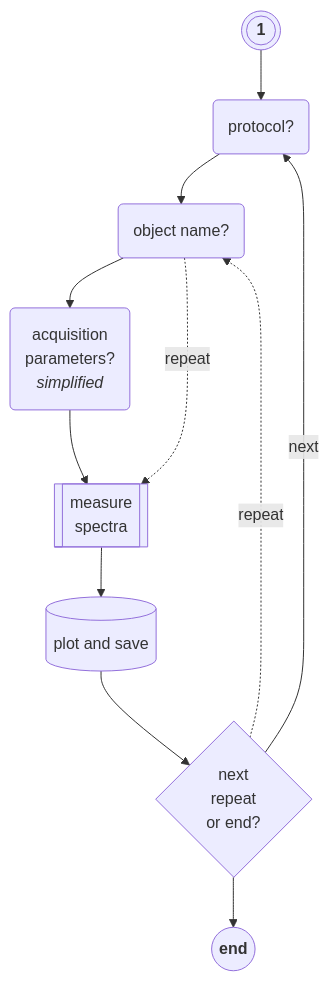
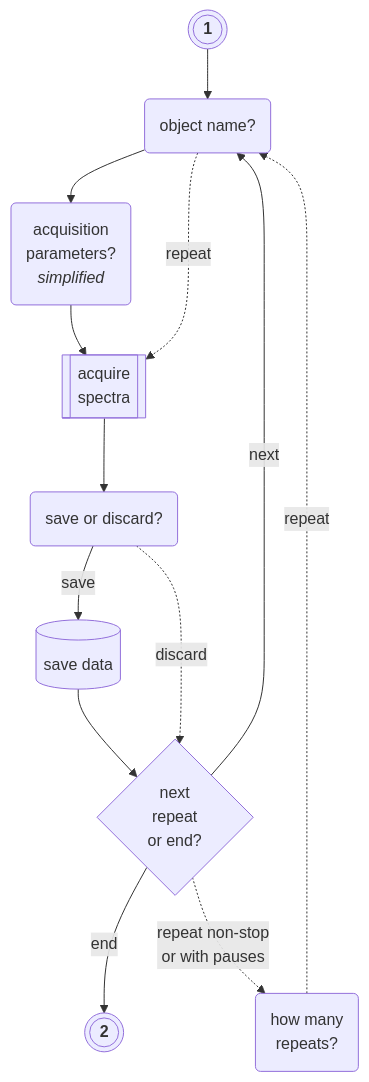
The sixth of 14 diagrams in pages/acq-irrad-tutorial.qmd (aphalo/r4p-blog), drawn with Mermaid before and after one commit. The commit also changed other lines of this file and 5 other files, not shown here.

````diff
--- a/pages/acq-irrad-tutorial.qmd
+++ b/pages/acq-irrad-tutorial.qmd
@@ -218,14 +302,17 @@
 ```{mermaid}
-%%| label: fig-simple-diagram
-%%| fig-cap: Flow chart of the user interaction loop repeated for each spectrum acquired. Showing steps enabled under mode `"simple"`.
+%%| label: fig-simplest-diagram
+%%| fig-cap: Flow chart of the user interaction loop repeated for each spectrum acquired. Showing steps enabled under mode `"simple"` with preset protocol, disabled summaries and acquisition of raw-counts spectra for later processing off-line.
 %%| fig-align: center
 %%{ init: {"graph": {"htmlLabels": true}} }%%
-flowchart
-  E(((<b>1</b>))) --> G(protocol?)
-  G --> I(object name?) --> K(acquisition\nparameters?\n<i>simplified</i>)
-  K --> M[[measure\nspectra]] --> N[(plot and save)] --> O{next\nrepeat\nor end?}
+flowchart TB
+  E(((<b>1</b>))) --> I(object name?) --> K(acquisition\nparameters?\n<i>simplified</i>)
+  K --> M[[acquire\nspectra]] --> NM(save or discard?)
+  NM --save--> N0[(save data)]
+  R(how many\nrepeats?) -.repeat.-> I
+  N0 --> O{next\n repeat\n or end?}
+  O --end--> Q(((<b>2</b>)))
+  O -.repeat non-stop\n or with pauses.-> R
+  O --next--> I
   I -.repeat.-> M
-  O -.repeat.-> I
-  O --next--> G
-  O --> P((<b>end</b>))
+  NM -.discard.-> O
 ```
````
